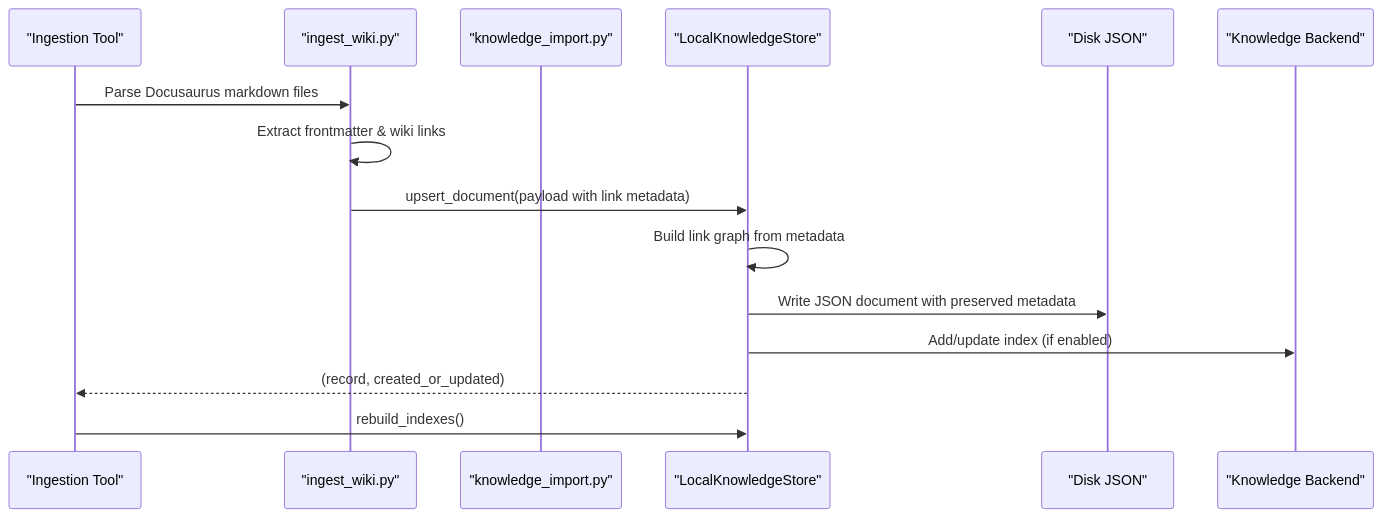
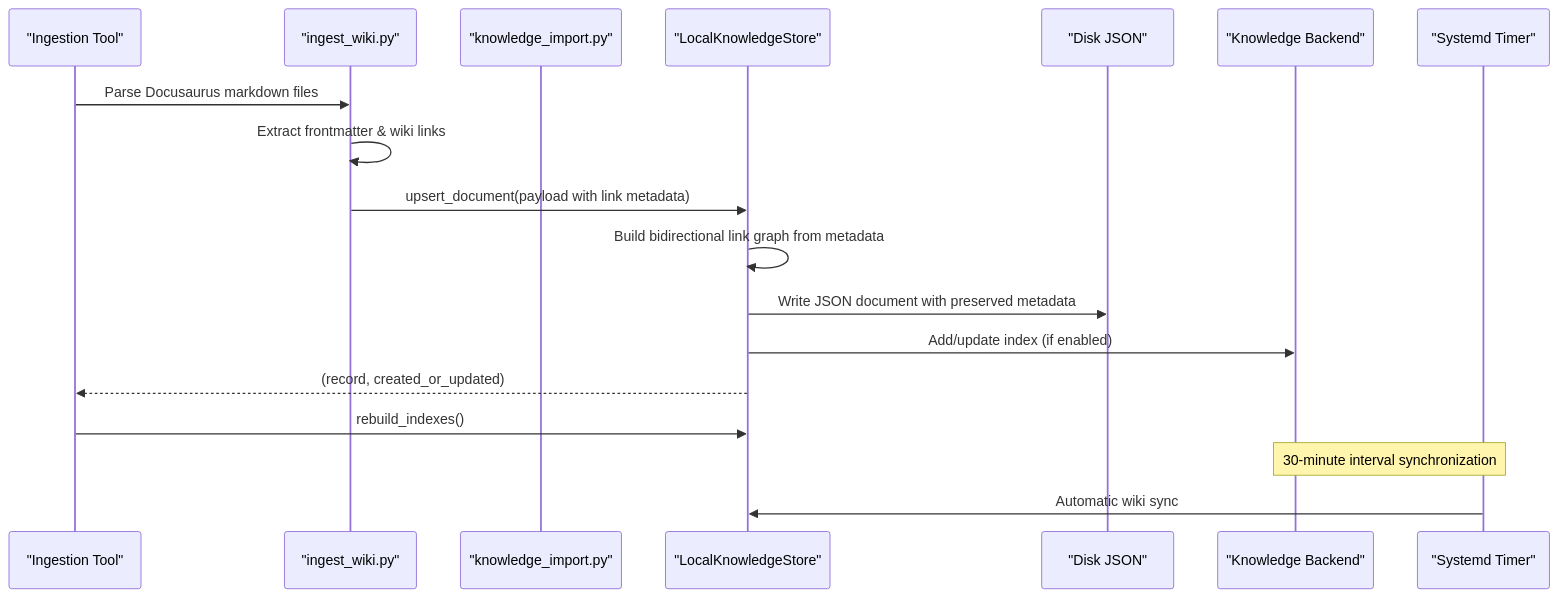
Before and after one commit to intellistream/sage-mate: the second of 7 diagrams in .qoder/repowiki/en/content/Knowledge Management/Knowledge Ingestion Pipeline.md, drawn with Mermaid. The commit also changed other lines of this file and 115 other files, not shown here.

````diff
--- a/.qoder/repowiki/en/content/Knowledge Management/Knowledge Ingestion Pipeline.md
+++ b/.qoder/repowiki/en/content/Knowledge Management/Knowledge Ingestion Pipeline.md
@@ -102,17 +120,20 @@
 ```mermaid
 sequenceDiagram
 participant Tool as "Ingestion Tool"
 participant WikiParser as "ingest_wiki.py"
 participant Import as "knowledge_import.py"
 participant Store as "LocalKnowledgeStore"
 participant FS as "Disk JSON"
 participant VDB as "Knowledge Backend"
+participant Timer as "Systemd Timer"
 Tool->>WikiParser : Parse Docusaurus markdown files
 WikiParser->>WikiParser : Extract frontmatter & wiki links
 WikiParser->>Store : upsert_document(payload with link metadata)
-Store->>Store : Build link graph from metadata
+Store->>Store : Build bidirectional link graph from metadata
 Store->>FS : Write JSON document with preserved metadata
 Store->>VDB : Add/update index (if enabled)
 Store-->>Tool : (record, created_or_updated)
 Tool->>Store : rebuild_indexes()
+Note over Timer,VDB : 30-minute interval synchronization
+Timer->>Store : Automatic wiki sync
 ```
````
